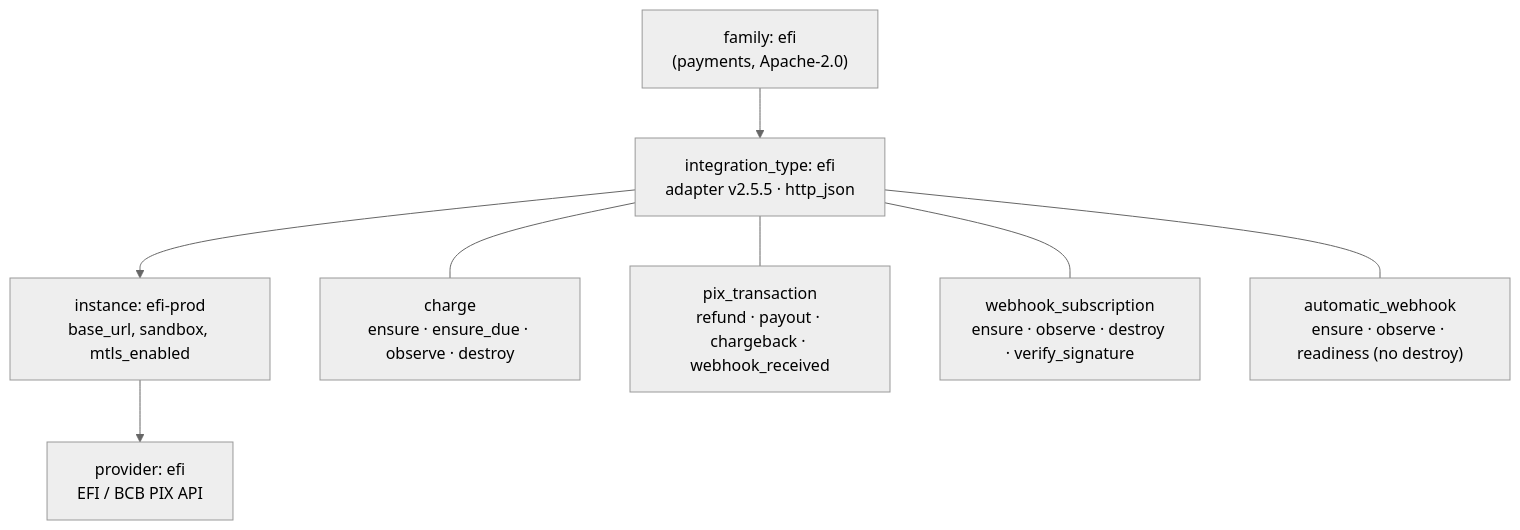
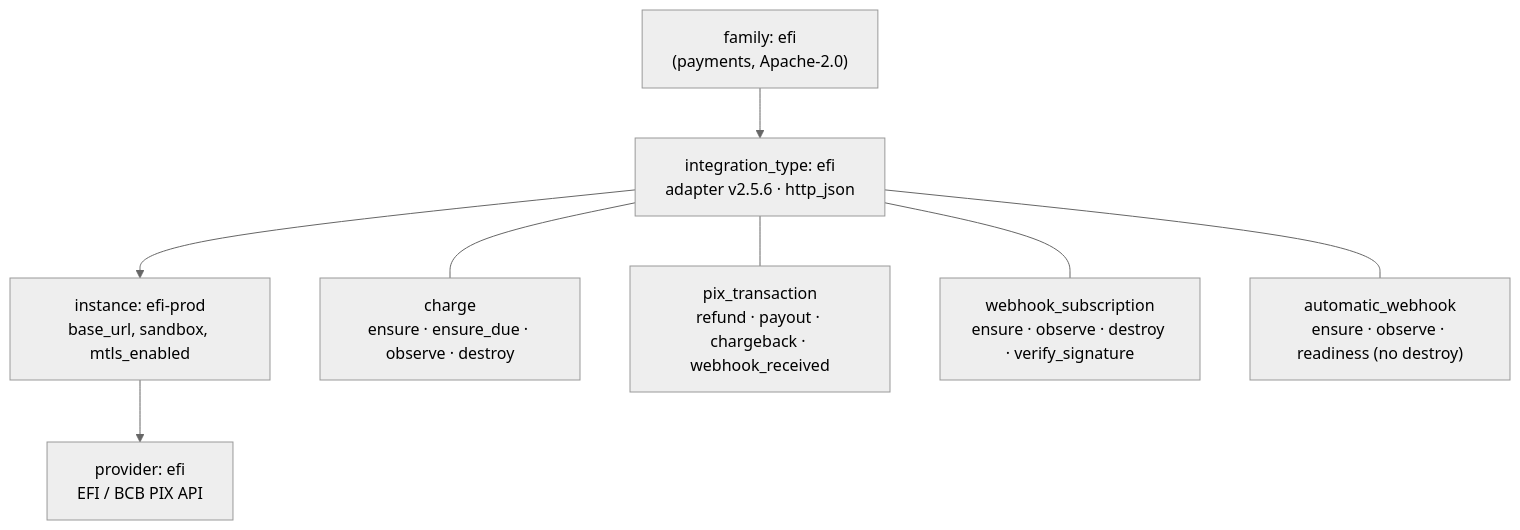
The second of 3 diagrams in README.md (dakasa-yggdrasil/integration-efi), drawn with Mermaid (neutral theme) before and after one commit. The commit also changed other lines of this file and 18 other files, not shown here.

````diff
--- a/README.md
+++ b/README.md
@@ -73,13 +73,13 @@
 ```mermaid
 flowchart TD
   fam["family: efi<br/>(payments, Apache-2.0)"]
-  typ["integration_type: efi<br/>adapter v2.5.5 · http_json"]
+  typ["integration_type: efi<br/>adapter v2.5.6 · http_json"]
   inst["instance: efi-prod<br/>base_url, sandbox, mtls_enabled"]
   prov["provider: efi<br/>EFI / BCB PIX API"]
   fam --> typ --> inst --> prov
 
   typ --- rt1["charge<br/>ensure · ensure_due · observe · destroy"]
   typ --- rt2["pix_transaction<br/>refund · payout · chargeback · webhook_received"]
   typ --- rt3["webhook_subscription<br/>ensure · observe · destroy · verify_signature"]
   typ --- rt4["automatic_webhook<br/>ensure · observe · readiness (no destroy)"]
 ```
````
